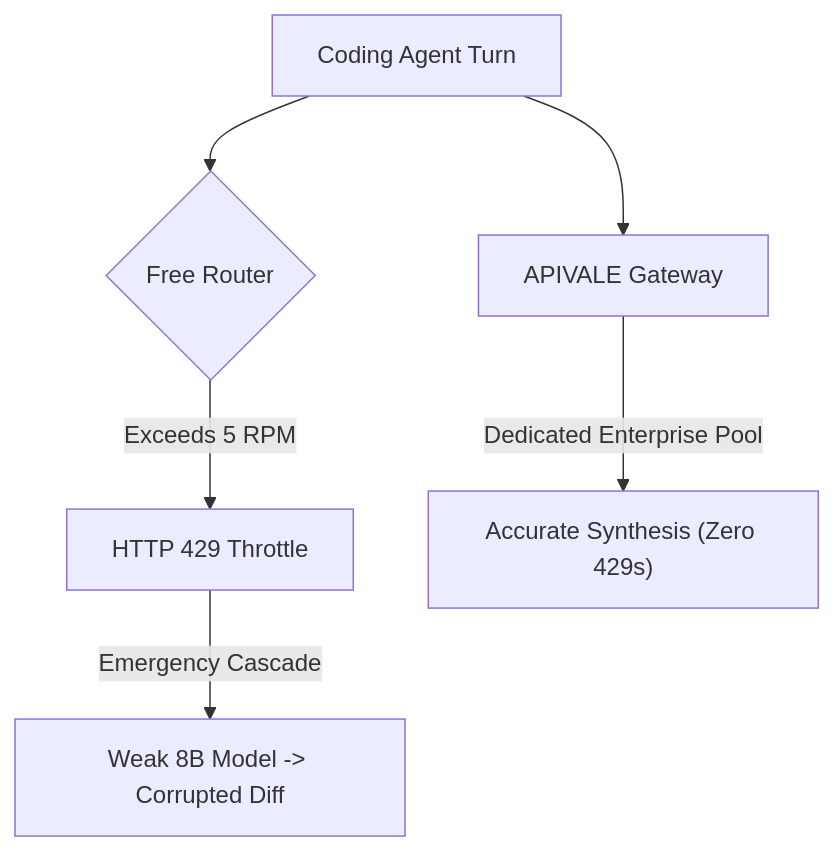
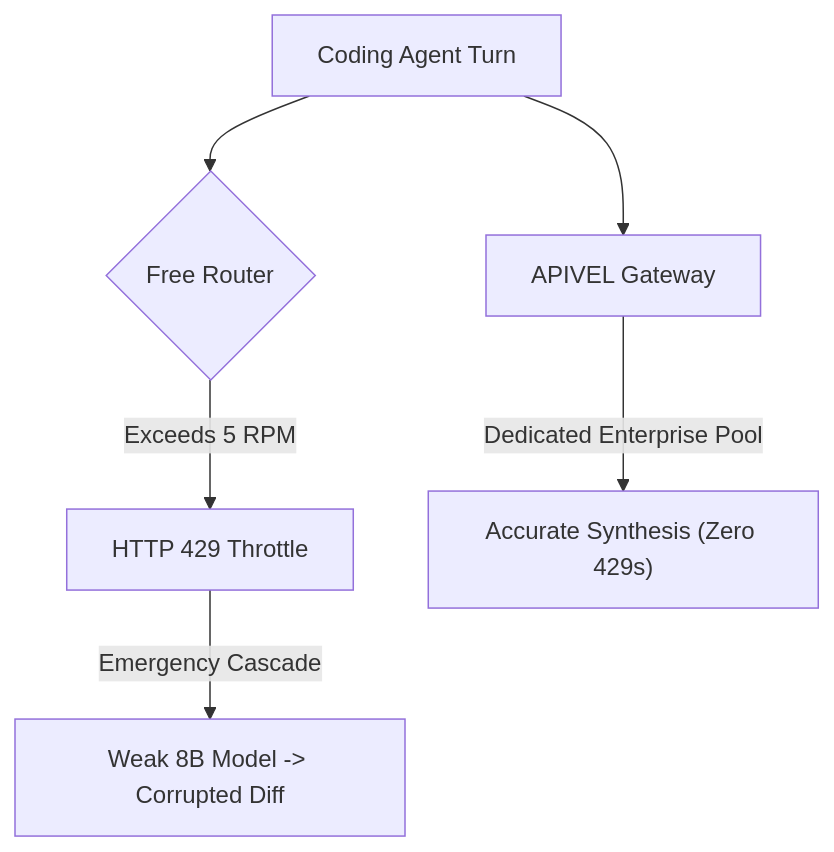
Before and after one commit to bshx2024/apivel_blog: the diagram in src/content/blog/freellmapi-claude-code-review-alternatives.md, drawn with Mermaid. The commit also changed other lines of this file and 1 other file, not shown here.

Commit message:
seo: upgrade freellmapi review for freellmapi.co, models.html, codex and native English flow

````diff
--- a/src/content/blog/freellmapi-claude-code-review-alternatives.md
+++ b/src/content/blog/freellmapi-claude-code-review-alternatives.md
@@ -70,8 +70,8 @@
 ```mermaid
 graph TD
     A["Coding Agent Turn"] --> B{"Free Router"}
     B -->|"Exceeds 5 RPM"| C["HTTP 429 Throttle"]
     C -->|"Emergency Cascade"| D["Weak 8B Model -> Corrupted Diff"]
-    A --> E["APIVALE Gateway"]
+    A --> E["APIVEL Gateway"]
     E -->|"Dedicated Enterprise Pool"| F["Accurate Synthesis (Zero 429s)"]
 ```
````
